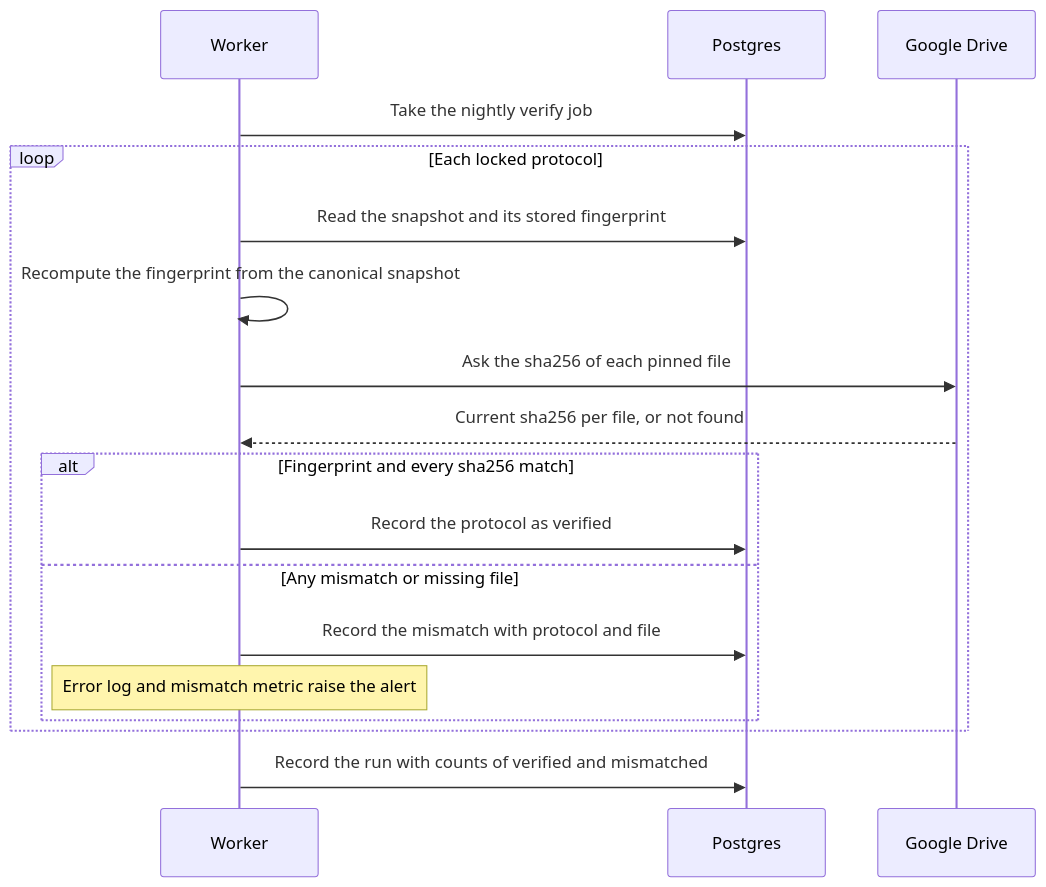
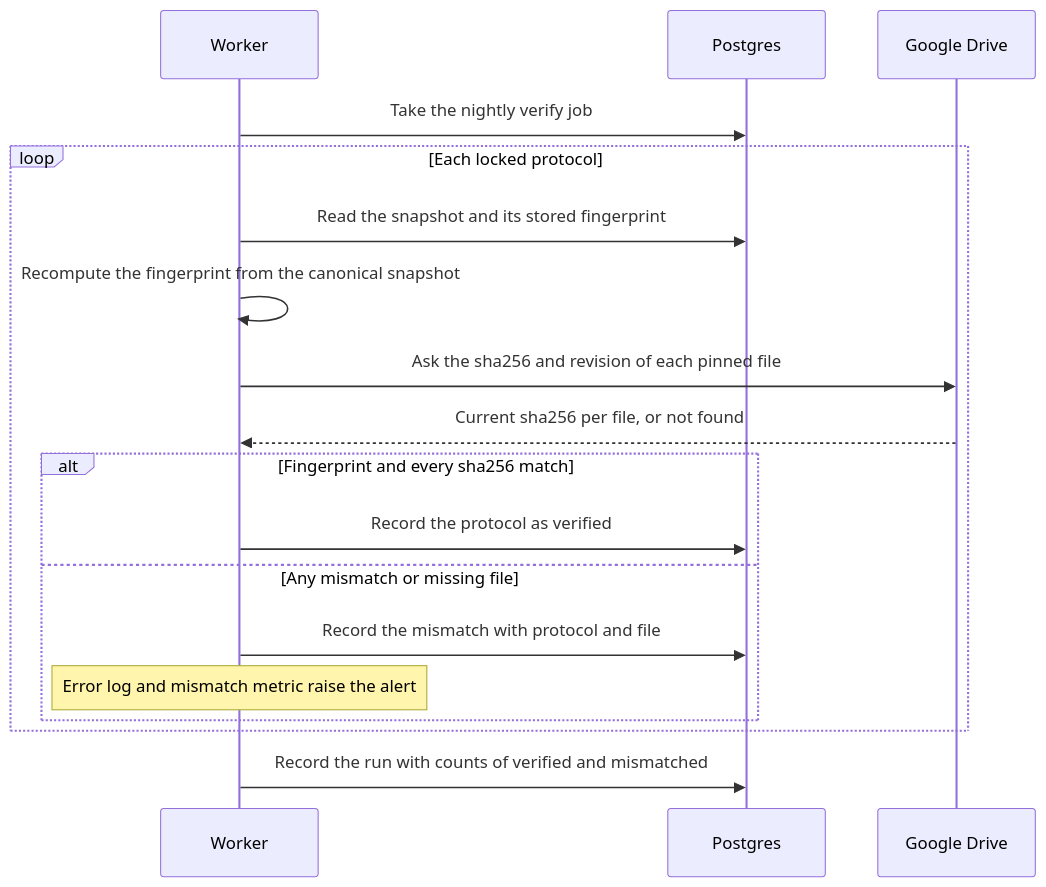
One commit to AndriiOpryshko/spilno changed diagram 12 of 13 in docs/features/board-protocol/sad.md. Above: the diagram before and after it, drawn with Mermaid. The commit also changed other lines of this file and 18 other files, not shown here.

````diff
--- a/docs/features/board-protocol/sad.md
+++ b/docs/features/board-protocol/sad.md
@@ -335,21 +506,21 @@
 ```mermaid
 sequenceDiagram
     participant W as Worker
     participant DB as Postgres
     participant Drive as Google Drive
 
     W->>DB: Take the nightly verify job
     loop Each locked protocol
         W->>DB: Read the snapshot and its stored fingerprint
         W->>W: Recompute the fingerprint from the canonical snapshot
-        W->>Drive: Ask the sha256 of each pinned file
+        W->>Drive: Ask the sha256 and revision of each pinned file
         Drive-->>W: Current sha256 per file, or not found
         alt Fingerprint and every sha256 match
             W->>DB: Record the protocol as verified
         else Any mismatch or missing file
             W->>DB: Record the mismatch with protocol and file
             Note over W: Error log and mismatch metric raise the alert
         end
     end
     W->>DB: Record the run with counts of verified and mismatched
 ```
````
